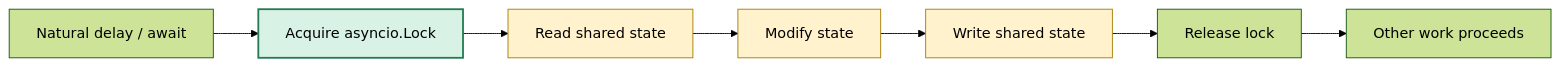
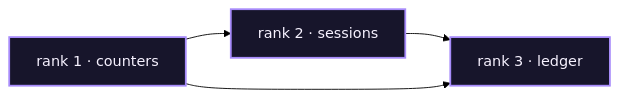
Before and after one commit to smtherer/ChaosSloth: the third of 3 diagrams in README.md, drawn with Mermaid (forest theme). The commit also changed other lines of this file, not shown here.

````diff
--- a/README.md
+++ b/README.md
@@ -128,13 +142,8 @@
 ```mermaid
 flowchart LR
-    A["Natural delay / await"] --> B["Acquire asyncio.Lock"]
-    B --> C["Read shared state"]
-    C --> D["Modify state"]
-    D --> E["Write shared state"]
-    E --> F["Release lock"]
-    F --> G["Other work proceeds"]
-    style B fill:#d9f2e6,stroke:#247a52,stroke-width:2px
-    style C fill:#fff2cc,stroke:#a67c00
-    style D fill:#fff2cc,stroke:#a67c00
-    style E fill:#fff2cc,stroke:#a67c00
+    L1["rank 1 · counters"] --> L2["rank 2 · sessions"]
+    L2 --> L3["rank 3 · ledger"]
+    L1 --> L3
+    classDef lock fill:#17152b,color:#f7f2ff,stroke:#a78bfa,stroke-width:2px
+    class L1,L2,L3 lock
 ```
````
